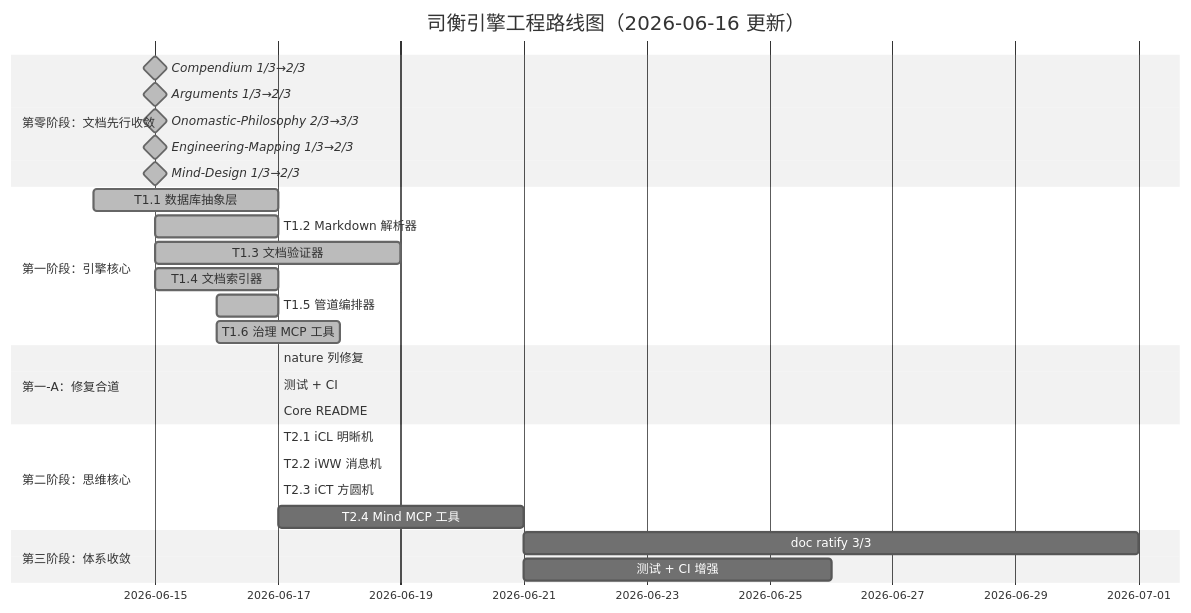
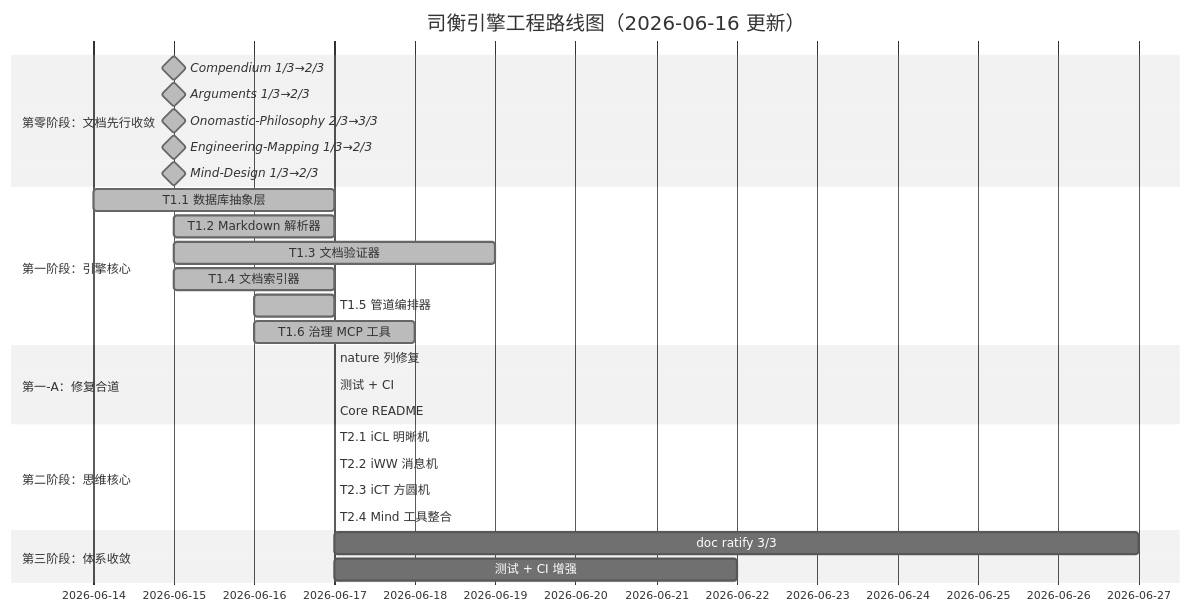
One commit to sgmov/sihankor changed the third of 3 diagrams in docs/specs/engineering/SiHankor-Engine-Roadmap.sih.md. Above: the diagram before and after it, drawn with Mermaid (neutral theme). The commit also changed other lines of this file and 4 other files, not shown here.

First line of the commit message:
feat: T2.4 Mind MCP 工具整合 —— Phase 2 完工

````diff
--- a/docs/specs/engineering/SiHankor-Engine-Roadmap.sih.md
+++ b/docs/specs/engineering/SiHankor-Engine-Roadmap.sih.md
@@ -379,30 +380,30 @@
 ```mermaid
 gantt
     title 司衡引擎工程路线图（2026-06-16 更新）
     dateFormat  YYYY-MM-DD
     section 第零阶段：文档先行收敛
     Compendium 1/3→2/3          :milestone, done, d1, 2026-06-15, 0d
     Arguments 1/3→2/3           :milestone, done, d2, 2026-06-15, 0d
     Onomastic-Philosophy 2/3→3/3 :milestone, done, d3, 2026-06-15, 0d
     Engineering-Mapping 1/3→2/3  :milestone, done, d4, 2026-06-15, 0d
     Mind-Design 1/3→2/3         :milestone, done, d5, 2026-06-15, 0d
     section 第一阶段：引擎核心
     T1.1 数据库抽象层           :done, a1, 2026-06-14, 3d
     T1.2 Markdown 解析器         :done, a2, 2026-06-15, 2d
     T1.3 文档验证器              :done, a3, 2026-06-15, 4d
     T1.4 文档索引器              :done, a4, 2026-06-15, 2d
     T1.5 管道编排器              :done, a5, 2026-06-16, 1d
     T1.6 治理 MCP 工具           :done, a6, 2026-06-16, 2d
     section 第一-A：修复合道
     nature 列修复                :done, a7, 2026-06-17, 0d
     测试 + CI                    :done, a8, 2026-06-17, 0d
     Core README                  :done, a9, 2026-06-17, 0d
     section 第二阶段：思维核心
     T2.1 iCL 明晰机              :done, b1, 2026-06-17, 0d
     T2.2 iWW 消息机              :done, b2, 2026-06-17, 0d
     T2.3 iCT 方圆机              :done, b3, 2026-06-17, 0d
-    T2.4 Mind MCP 工具           :b4, after b3, 4d
+    T2.4 Mind 工具整合           :done, b4, 2026-06-17, 0d
     section 第三阶段：体系收敛
     doc ratify 3/3              :c1, after b4, 10d
     测试 + CI 增强              :c3, after b4, 5d
 ```
````
